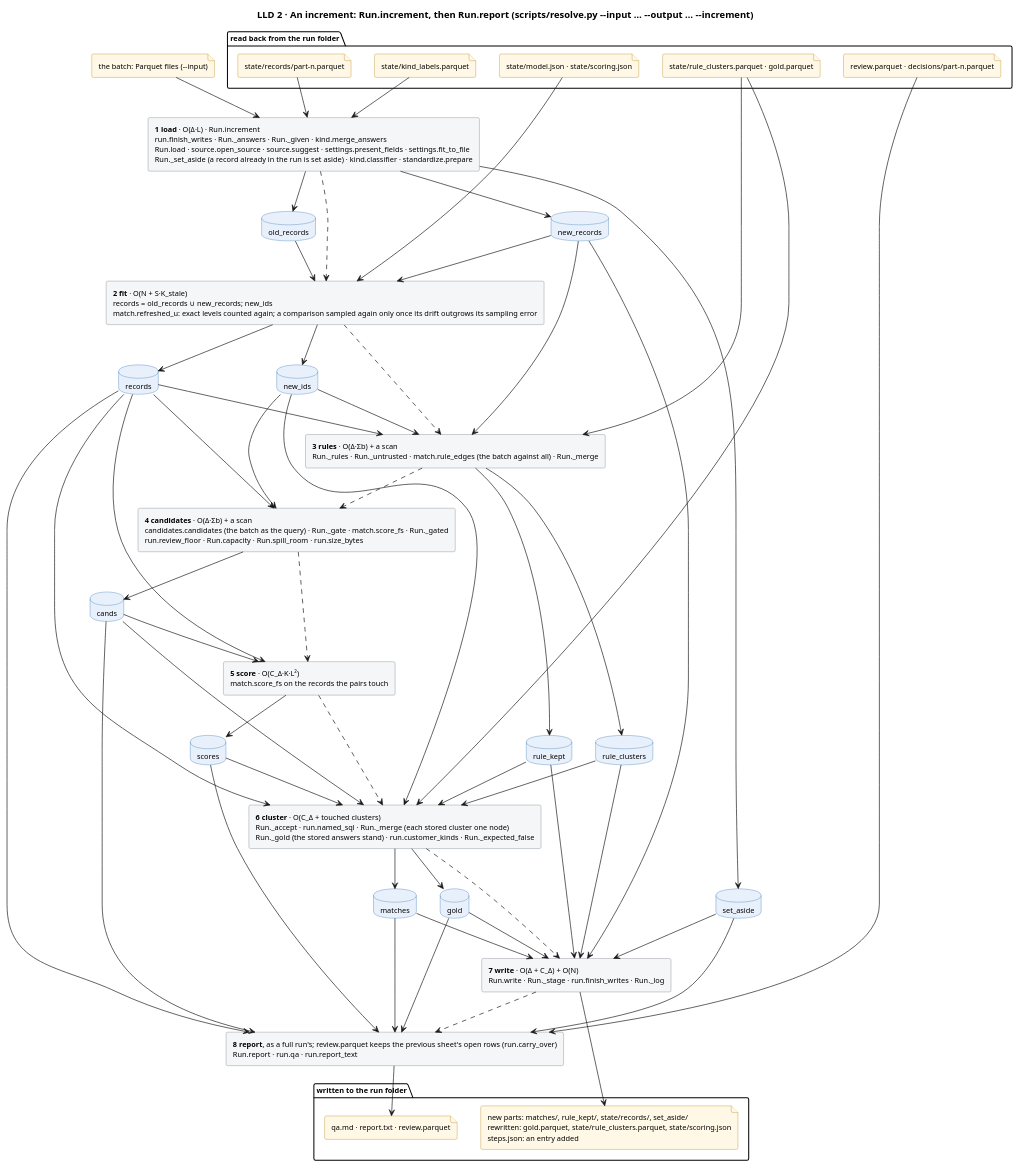
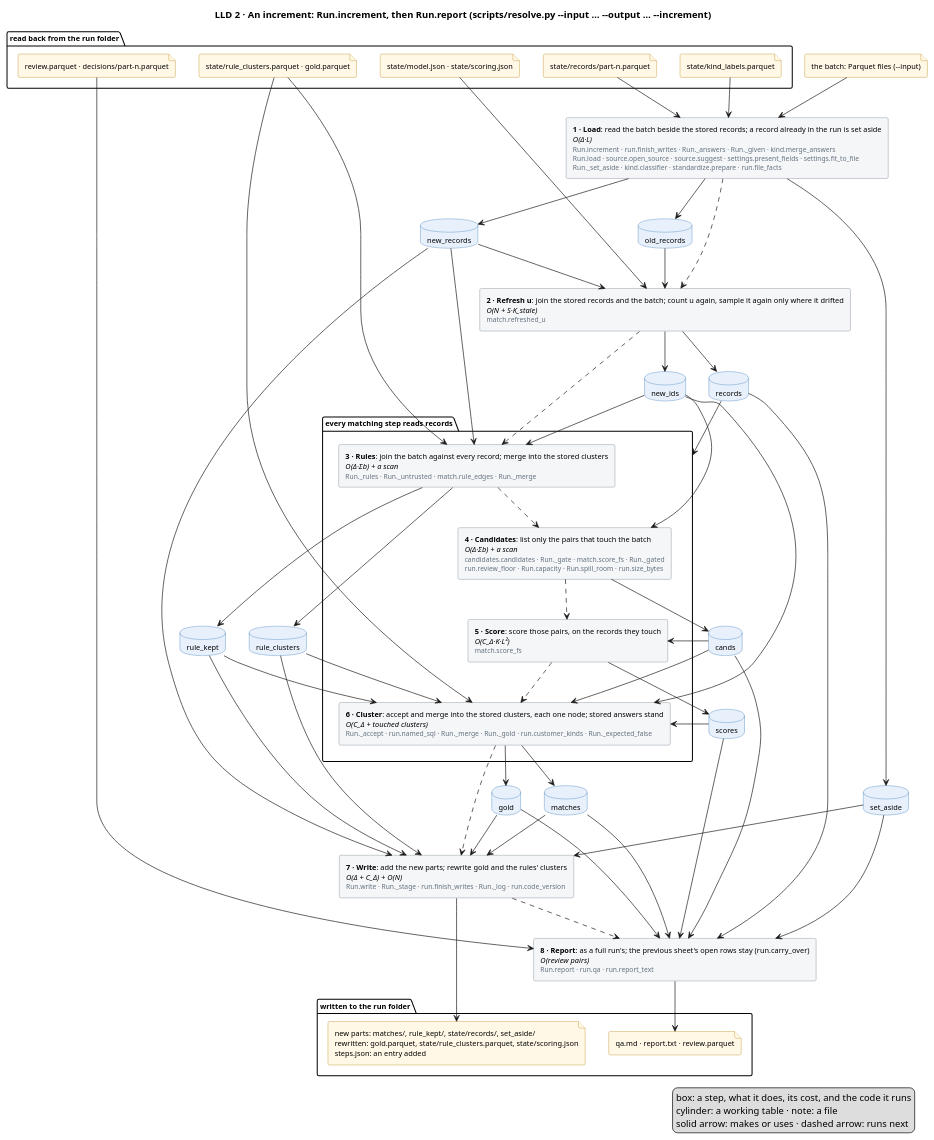
One commit to mvsbm/entity_matching changed the diagram in docs/diagrams/increment.puml. Above: the diagram before and after it, drawn with PlantUML. The commit also changed 23 other files, not shown here.

First line of the commit message:
Diagrams a newcomer can read; a run keeps its config; CI

```diff
--- a/docs/diagrams/increment.puml
+++ b/docs/diagrams/increment.puml
@@ -1,109 +1,113 @@
 @startuml increment
 title LLD 2 · An increment: Run.increment, then Run.report (scripts/resolve.py ~--input … ~--output … ~--increment)
 skinparam defaultFontSize 11
 skinparam rectangle {
   BackgroundColor #F4F6F8
   BorderColor #65717E
 }
 skinparam database {
   BackgroundColor #E8F1FB
   BorderColor #2C6DB3
 }
 skinparam file {
   BackgroundColor #FFF8E6
   BorderColor #B07D00
 }
 
 package "read back from the run folder" {
   file "state/model.json · state/scoring.json" as f_model
   file "state/records/part-n.parquet" as f_records
   file "state/rule_clusters.parquet · gold.parquet" as f_clusters
   file "state/kind_labels.parquet" as f_answers
   file "review.parquet · decisions/part-n.parquet" as f_sheet
 }
 file "the batch: Parquet files (~--input)" as f_batch
 
-rectangle "<b>1 load</b> · O(Δ·L) · Run.increment\nrun.finish_writes · Run._answers · Run._given · kind.merge_answers\nRun.load · source.open_source · source.suggest · settings.present_fields · settings.fit_to_file\nRun._set_aside (a record already in the run is set aside) · kind.classifier · standardize.prepare" as load
-rectangle "<b>2 fit</b> · O(N + S·K_stale)\nrecords = old_records ∪ new_records; new_ids\nmatch.refreshed_u: exact levels counted again; a comparison sampled again only once its drift outgrows its sampling error" as fit
-rectangle "<b>3 rules</b> · O(Δ·Σb) + a scan\nRun._rules · Run._untrusted · match.rule_edges (the batch against all) · Run._merge" as rules
-rectangle "<b>4 candidates</b> · O(Δ·Σb) + a scan\ncandidates.candidates (the batch as the query) · Run._gate · match.score_fs · Run._gated\nrun.review_floor · Run.capacity · Run.spill_room · run.size_bytes" as candidates
-rectangle "<b>5 score</b> · O(C_Δ·K·L²)\nmatch.score_fs on the records the pairs touch" as score
-rectangle "<b>6 cluster</b> · O(C_Δ + touched clusters)\nRun._accept · run.named_sql · Run._merge (each stored cluster one node)\nRun._gold (the stored answers stand) · run.customer_kinds · Run._expected_false" as cluster
-rectangle "<b>7 write</b> · O(Δ + C_Δ) + O(N)\nRun.write · Run._stage · run.finish_writes · Run._log" as write
-rectangle "<b>8 report</b>, as a full run's; review.parquet keeps the previous sheet's open rows (run.carry_over)\nRun.report · run.qa · run.report_text" as report
 
+rectangle "<b>1 · Load</b>: read the batch beside the stored records; a record already in the run is set aside\n<i>O(Δ·L)</i>\n<size:10><color:#65717E>Run.increment · run.finish_writes · Run._answers · Run._given · kind.merge_answers</color></size>\n<size:10><color:#65717E>Run.load · source.open_source · source.suggest · settings.present_fields · settings.fit_to_file</color></size>\n<size:10><color:#65717E>Run._set_aside · kind.classifier · standardize.prepare · run.file_facts</color></size>" as load
+rectangle "<b>2 · Refresh u</b>: join the stored records and the batch; count u again, sample it again only where it drifted\n<i>O(N + S·K_stale)</i>\n<size:10><color:#65717E>match.refreshed_u</color></size>" as fit
+package "every matching step reads records" as matching {
+  rectangle "<b>3 · Rules</b>: join the batch against every record; merge into the stored clusters\n<i>O(Δ·Σb) + a scan</i>\n<size:10><color:#65717E>Run._rules · Run._untrusted · match.rule_edges · Run._merge</color></size>" as rules
+  rectangle "<b>4 · Candidates</b>: list only the pairs that touch the batch\n<i>O(Δ·Σb) + a scan</i>\n<size:10><color:#65717E>candidates.candidates · Run._gate · match.score_fs · Run._gated</color></size>\n<size:10><color:#65717E>run.review_floor · Run.capacity · Run.spill_room · run.size_bytes</color></size>" as candidates
+  rectangle "<b>5 · Score</b>: score those pairs, on the records they touch\n<i>O(C_Δ·K·L²)</i>\n<size:10><color:#65717E>match.score_fs</color></size>" as score
+  rectangle "<b>6 · Cluster</b>: accept and merge into the stored clusters, each one node; stored answers stand\n<i>O(C_Δ + touched clusters)</i>\n<size:10><color:#65717E>Run._accept · run.named_sql · Run._merge · Run._gold · run.customer_kinds · Run._expected_false</color></size>" as cluster
+}
+rectangle "<b>7 · Write</b>: add the new parts; rewrite gold and the rules' clusters\n<i>O(Δ + C_Δ) + O(N)</i>\n<size:10><color:#65717E>Run.write · Run._stage · run.finish_writes · Run._log · run.code_version</color></size>" as write
+rectangle "<b>8 · Report</b>: as a full run's; the previous sheet's open rows stay (run.carry_over)\n<i>O(review pairs)</i>\n<size:10><color:#65717E>Run.report · run.qa · run.report_text</color></size>" as report
 database "old_records" as old_records
 database "new_records" as new_records
 database "set_aside" as set_aside
 database "records" as records
 database "new_ids" as new_ids
 database "rule_clusters" as rule_clusters
 database "rule_kept" as rule_kept
 database "cands" as cands
 database "scores" as scores
 database "matches" as matches
 database "gold" as gold
 
 package "written to the run folder" {
   file "new parts: matches/, rule_kept/, state/records/, set_aside/\nrewritten: gold.parquet, state/rule_clusters.parquet, state/scoring.json\nsteps.json: an entry added" as f_out
   file "qa.md · report.txt · review.parquet" as f_people
 }
 
 f_batch --> load
 f_records --> load
 f_answers --> load
 f_model --> fit
 f_clusters --> rules
 f_clusters --> cluster
 f_sheet --> report
 
 load ..> fit
 fit ..> rules
 rules ..> candidates
 candidates ..> score
 score ..> cluster
 cluster ..> write
 write ..> report
 
 load --> old_records
 load --> new_records
 load --> set_aside
 old_records --> fit
 new_records --> fit
 fit --> records
 fit --> new_ids
-records --> rules
+records --> matching
 new_records --> rules
 new_ids --> rules
 rules --> rule_clusters
 rules --> rule_kept
-records --> candidates
 new_ids --> candidates
 candidates --> cands
-records --> score
 cands --> score
 score --> scores
-records --> cluster
 new_ids --> cluster
 rule_clusters --> cluster
 rule_kept --> cluster
 cands --> cluster
 scores --> cluster
 cluster --> matches
 cluster --> gold
 new_records --> write
 rule_clusters --> write
 rule_kept --> write
 matches --> write
 gold --> write
 set_aside --> write
 records --> report
 cands --> report
 scores --> report
 matches --> report
 gold --> report
 set_aside --> report
 
 write --> f_out
 report --> f_people
+legend right
+  box: a step, what it does, its cost, and the code it runs
+  cylinder: a working table · note: a file
+  solid arrow: makes or uses · dashed arrow: runs next
+endlegend
 @enduml
```
